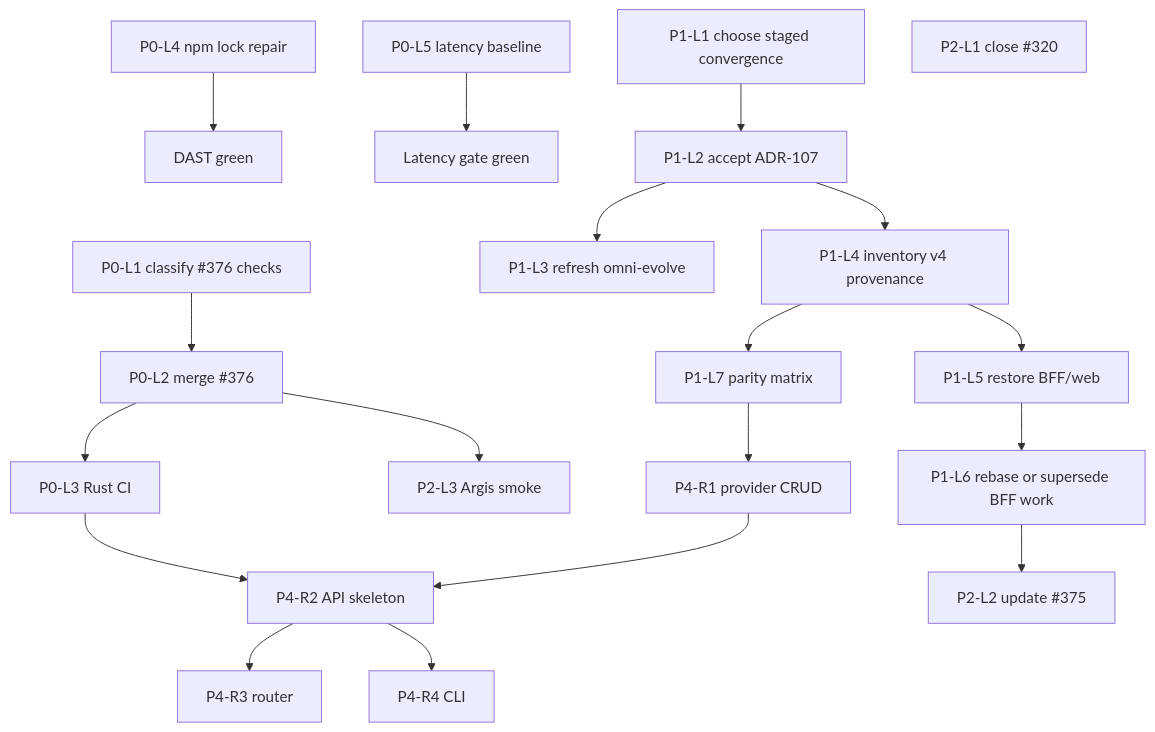
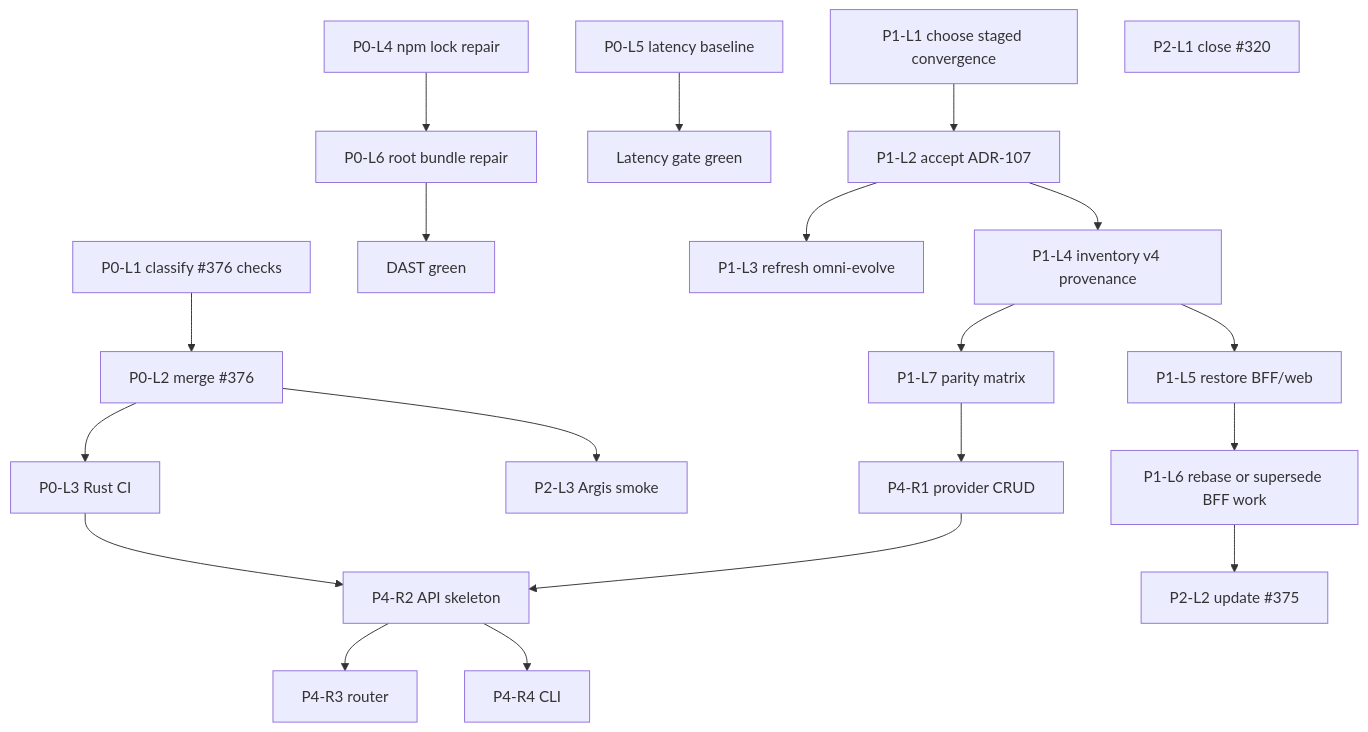
One commit to KooshaPari/OmniRoute changed the diagram in plans/2026-07-17-proc2-wbs-pert-dag.md. Above: the diagram before and after it, drawn with Mermaid. The commit also changed other lines of this file and 20 other files, not shown here.

````diff
--- a/plans/2026-07-17-proc2-wbs-pert-dag.md
+++ b/plans/2026-07-17-proc2-wbs-pert-dag.md
@@ -77,25 +78,26 @@
 ```mermaid
 flowchart TD
   C376[P0-L1 classify #376 checks] --> M376[P0-L2 merge #376]
   M376 --> RCI[P0-L3 Rust CI]
   M376 --> ARG[P2-L3 Argis smoke]
-  NPM[P0-L4 npm lock repair] --> DAST[DAST green]
+  NPM[P0-L4 npm lock repair] --> BUNDLE[P0-L6 root bundle repair]
+  BUNDLE --> DAST[DAST green]
   LAT[P0-L5 latency baseline] --> REST[Latency gate green]
 
   DEC[P1-L1 choose staged convergence]
   DEC --> ADR[P1-L2 accept ADR-107]
   ADR --> DAG[P1-L3 refresh omni-evolve]
   ADR --> INV[P1-L4 inventory v4 provenance]
   INV --> RESTORE[P1-L5 restore BFF/web]
   RESTORE --> BFF[P1-L6 rebase or supersede BFF work]
   INV --> MATRIX[P1-L7 parity matrix]
 
   MATRIX --> CRUD[P4-R1 provider CRUD]
   RCI --> API[P4-R2 API skeleton]
   CRUD --> API
   API --> ROUTER[P4-R3 router]
   API --> CLI[P4-R4 CLI]
 
   CLOSE320[P2-L1 close #320]
   BFF --> NOTE375[P2-L2 update #375]
 ```
````
